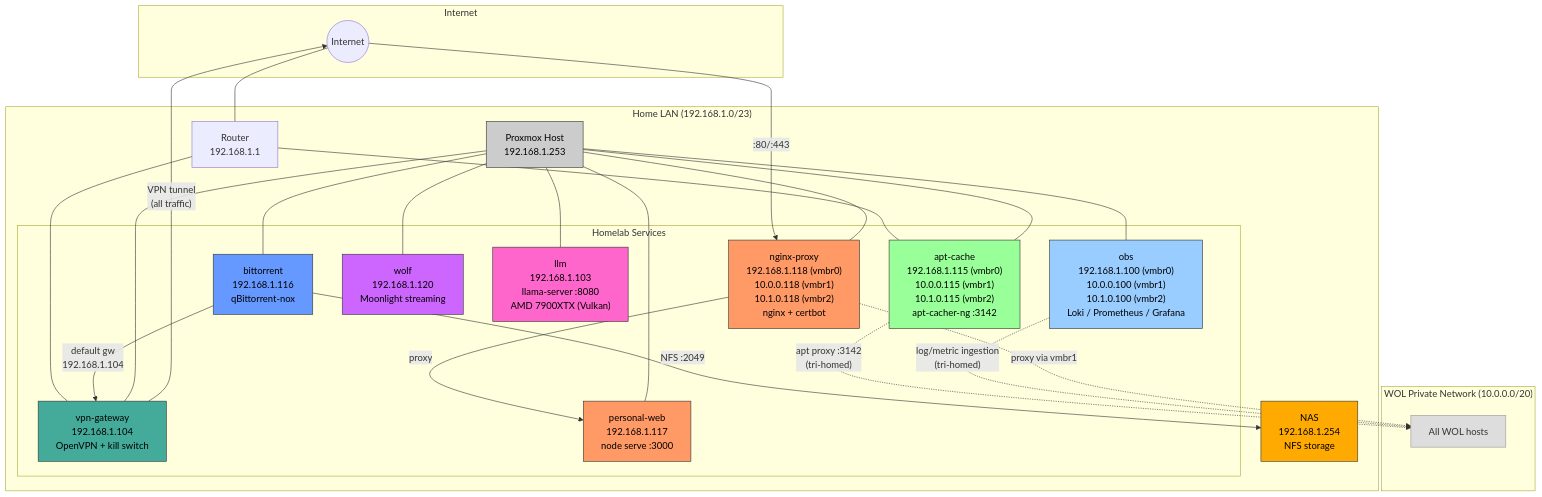
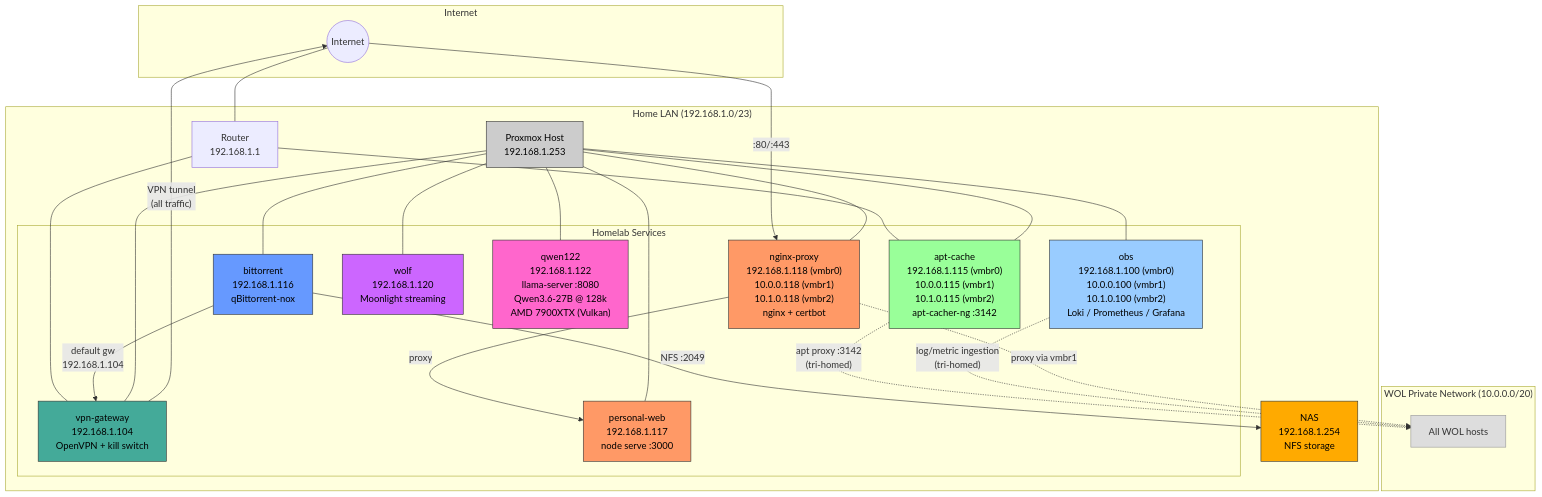
One commit to JBailes/infrastructure changed the first of 2 diagrams in homelab/diagrams.md. Above: the diagram before and after it, drawn with Mermaid. The commit also changed other lines of this file and 3 other files, not shown here.

First line of the commit message:
docs: sync LLM host references to CT 122 qwen122 + Qwen3.6-27B

````diff
--- a/homelab/diagrams.md
+++ b/homelab/diagrams.md
@@ -9,60 +9,60 @@
 ```mermaid
 graph TB
     subgraph Internet
         INET((Internet))
     end
 
     subgraph LAN["Home LAN (192.168.1.0/23)"]
         ROUTER["Router<br/>192.168.1.1"]
 
         subgraph HOMELAB["Homelab Services"]
             APTCACHE["apt-cache<br/>192.168.1.115 (vmbr0)<br/>10.0.0.115 (vmbr1)<br/>10.1.0.115 (vmbr2)<br/>apt-cacher-ng :3142"]
             OBS["obs<br/>192.168.1.100 (vmbr0)<br/>10.0.0.100 (vmbr1)<br/>10.1.0.100 (vmbr2)<br/>Loki / Prometheus / Grafana"]
             VPN["vpn-gateway<br/>192.168.1.104<br/>OpenVPN + kill switch"]
             BT["bittorrent<br/>192.168.1.116<br/>qBittorrent-nox"]
             NGINX["nginx-proxy<br/>192.168.1.118 (vmbr0)<br/>10.0.0.118 (vmbr1)<br/>10.1.0.118 (vmbr2)<br/>nginx + certbot"]
             PWEB["personal-web<br/>192.168.1.117<br/>node serve :3000"]
             WOLF["wolf<br/>192.168.1.120<br/>Moonlight streaming"]
-            LLM["llm<br/>192.168.1.103<br/>llama-server :8080<br/>AMD 7900XTX (Vulkan)"]
+            LLM["qwen122<br/>192.168.1.122<br/>llama-server :8080<br/>Qwen3.6-27B @ 128k<br/>AMD 7900XTX (Vulkan)"]
         end
 
         NAS["NAS<br/>192.168.1.254<br/>NFS storage"]
         PVE["Proxmox Host<br/>192.168.1.253"]
     end
 
     subgraph WOL["WOL Private Network (10.0.0.0/20)"]
         WOLHOSTS["All WOL hosts"]
     end
 
     INET --- ROUTER
     ROUTER --- VPN
     ROUTER --- APTCACHE
     VPN -->|"VPN tunnel<br/>(all traffic)"| INET
     BT -->|"default gw<br/>192.168.1.104"| VPN
     BT -->|"NFS :2049"| NAS
     APTCACHE -.->|"apt proxy :3142<br/>(tri-homed)"| WOLHOSTS
     OBS -.->|"log/metric ingestion<br/>(tri-homed)"| WOLHOSTS
     INET -->|":80/:443"| NGINX
     NGINX -->|"proxy"| PWEB
     NGINX -.->|"proxy via vmbr1"| WOLHOSTS
     PVE --- VPN
     PVE --- BT
     PVE --- APTCACHE
     PVE --- OBS
     PVE --- NGINX
     PVE --- PWEB
     PVE --- WOLF
     PVE --- LLM
 
     style APTCACHE fill:#9f9,stroke:#333,color:#000
     style OBS fill:#9cf,stroke:#333,color:#000
     style VPN fill:#4a9,stroke:#333,color:#000
     style BT fill:#69f,stroke:#333,color:#000
     style NGINX fill:#f96,stroke:#333,color:#000
     style PWEB fill:#f96,stroke:#333,color:#000
     style NAS fill:#fa0,stroke:#333,color:#000
     style PVE fill:#ccc,stroke:#333,color:#000
     style WOLHOSTS fill:#ddd,stroke:#999,color:#333
     style WOLF fill:#c6f,stroke:#333,color:#000
     style LLM fill:#f6c,stroke:#333,color:#000
 ```
````
